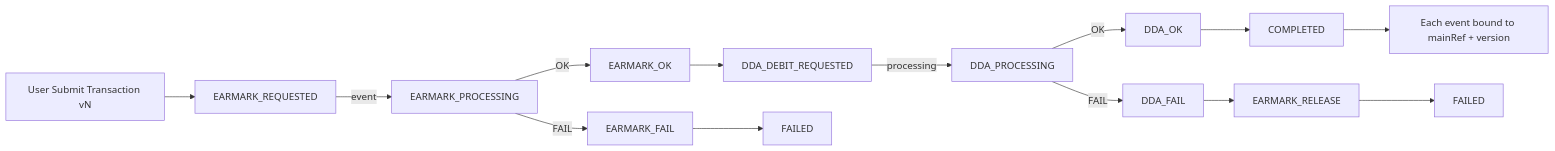
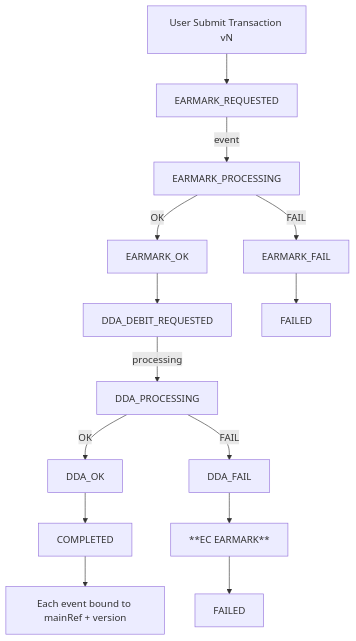
One commit to christseng89/claude-code-crash-course changed the diagram in README-JmsToKafka.md. Above: the diagram before and after it, drawn with Mermaid. The commit also changed other lines of this file, not shown here.

````diff
--- a/README-JmsToKafka.md
+++ b/README-JmsToKafka.md
@@ -1513,26 +1529,26 @@
 ```mermaid
-flowchart LR
+flowchart TD  
   U[User Submit Transaction vN]
 
   U --> A[EARMARK_REQUESTED]
 
   A -->|event| E[EARMARK_PROCESSING]
   E -->|OK| EO[EARMARK_OK]
   E -->|FAIL| EF[EARMARK_FAIL]
 
   EO --> D[DDA_DEBIT_REQUESTED]
   D -->|processing| DP[DDA_PROCESSING]
   DP -->|OK| DO[DDA_OK]
   DP -->|FAIL| DF[DDA_FAIL]
 
   %% Compensation paths
-  DF --> C1[EARMARK_RELEASE]
+  DF --> C1[**EC EARMARK**]
   EF --> END1[FAILED]
 
   C1 --> END2[FAILED]
 
   DO --> END3[COMPLETED]
 
   %% Version isolation note
   END3 --> VNOTE[Each event bound to mainRef + version]
 ```
````
